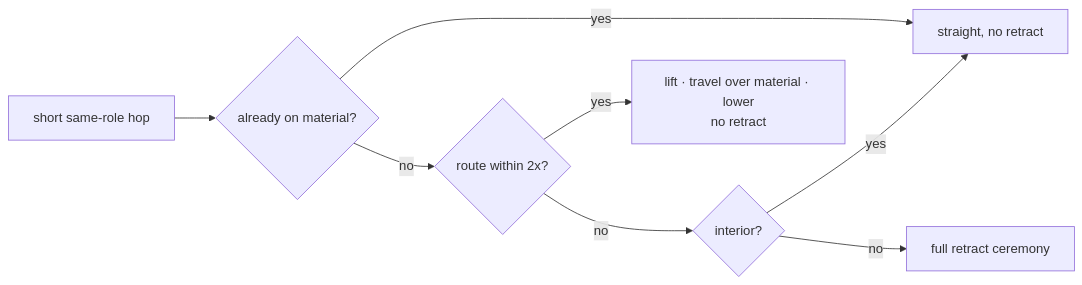
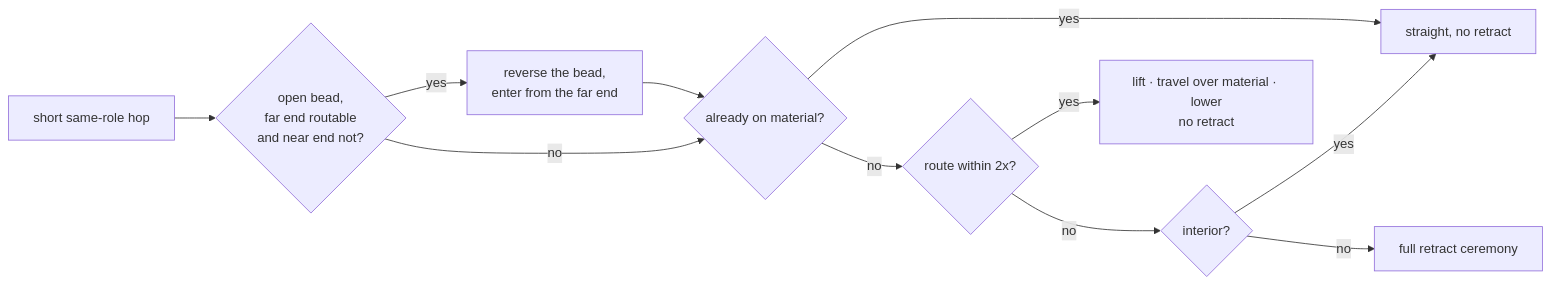
One commit to ColdCrabby/slicer changed the sixth of 8 diagrams in src/gcode/README.md. Above: the diagram before and after it, drawn with Mermaid. The commit also changed other lines of this file and 3 other files, not shown here.

````diff
--- a/src/gcode/README.md
+++ b/src/gcode/README.md
@@ -565,10 +570,13 @@
 ```mermaid
 flowchart LR
-  H[short same-role hop] --> C{already on material?}
+  H[short same-role hop] --> F{open bead,<br/>far end routable<br/>and near end not?}
+  F -->|yes| V[reverse the bead,<br/>enter from the far end]
+  F -->|no| C
+  V --> C{already on material?}
   C -->|yes| S[straight, no retract]
   C -->|no| R{route within 2x?}
   R -->|yes| M[lift · travel over material · lower<br/>no retract]
   R -->|no| I{interior?}
   I -->|yes| S
   I -->|no| P[full retract ceremony]
 ```
````
